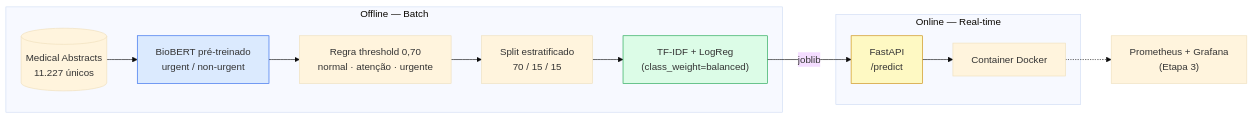
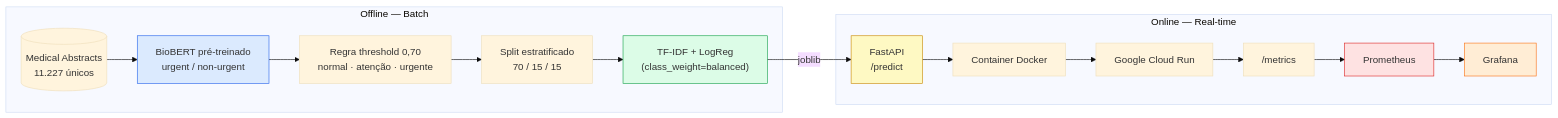
Before and after one commit to fabii2607/medical-triage-mlops: the diagram in README.md, drawn with Mermaid (base theme). The commit also changed other lines of this file, not shown here.

````diff
--- a/README.md
+++ b/README.md
@@ -44,22 +46,26 @@
 ```mermaid
 flowchart LR
 
     subgraph OFFLINE["Offline — Batch"]
         A[("Medical Abstracts<br/>11.227 únicos")] --> B["BioBERT pré-treinado<br/>urgent / non-urgent"]
         B --> C["Regra threshold 0,70<br/>normal · atenção · urgente"]
         C --> D["Split estratificado<br/>70 / 15 / 15"]
         D --> E["TF-IDF + LogReg<br/>(class_weight=balanced)"]
     end
 
     subgraph ONLINE["Online — Real-time"]
         F["FastAPI<br/>/predict"] --> G["Container Docker"]
+        G --> H["Google Cloud Run"]
+        H --> I["/metrics"]
+        I --> J["Prometheus"]
+        J --> K["Grafana"]
     end
 
     E -->|"joblib"| F
 
-    G -.-> H["Prometheus + Grafana<br/>(Etapa 3)"]
-
     style B fill:#dbeafe,stroke:#2563eb
     style E fill:#dcfce7,stroke:#16a34a
     style F fill:#fef9c3,stroke:#ca8a04
+    style J fill:#fee2e2,stroke:#dc2626
+    style K fill:#ffedd5,stroke:#f97316
 ```
````
